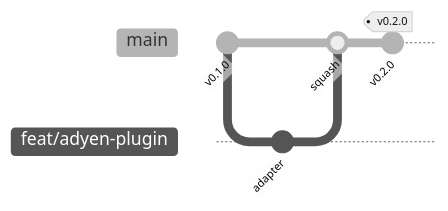
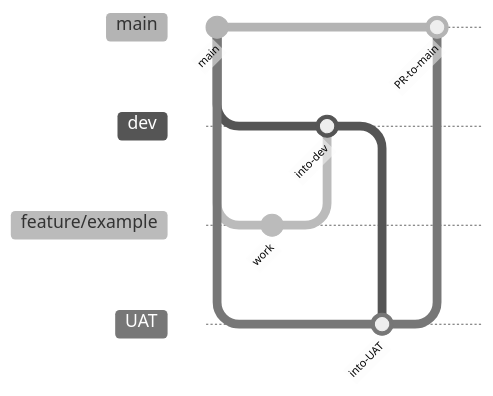
Before and after one commit to steward-agent/steward-ai: the diagram in docs/git-strategy.md, drawn with Mermaid (neutral theme). The commit also changed other lines of this file and 2 other files, not shown here.

First line of the commit message:
ci: open pull requests to main from dev, UAT, and feature branches

````diff
--- a/docs/git-strategy.md
+++ b/docs/git-strategy.md
@@ -19,9 +17,17 @@
 ```mermaid
 gitGraph
-  commit id: "v0.1.0"
-  branch feat/adyen-plugin
-  commit id: "adapter"
+  commit id: "main"
+  branch dev
+  checkout dev
+  branch feature/example
+  checkout feature/example
+  commit id: "work"
+  checkout dev
+  merge feature/example id: "into-dev"
   checkout main
-  merge feat/adyen-plugin id: "squash"
-  commit id: "v0.2.0" tag: "v0.2.0"
+  branch UAT
+  checkout UAT
+  merge dev id: "into-UAT"
+  checkout main
+  merge UAT id: "PR-to-main"
 ```
````
